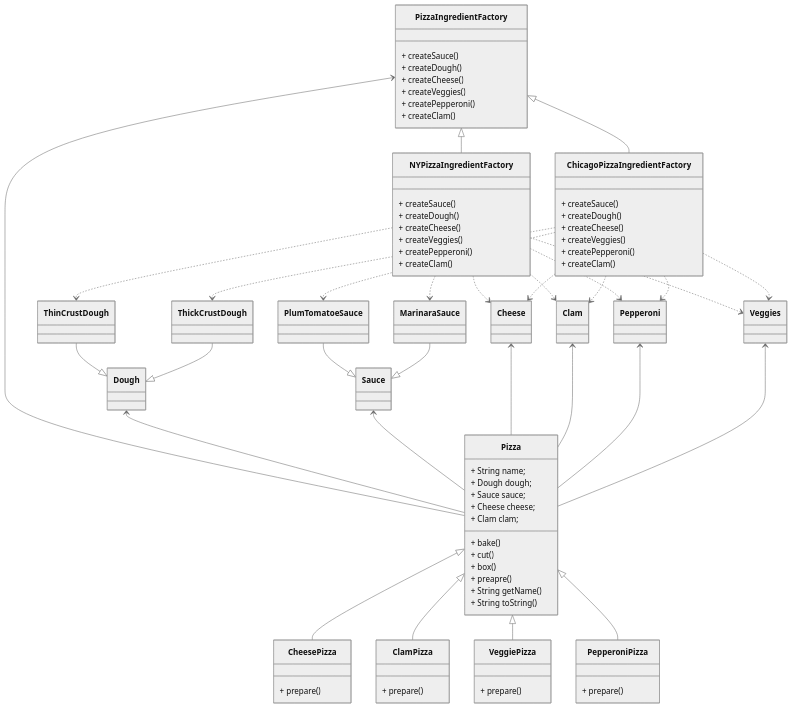
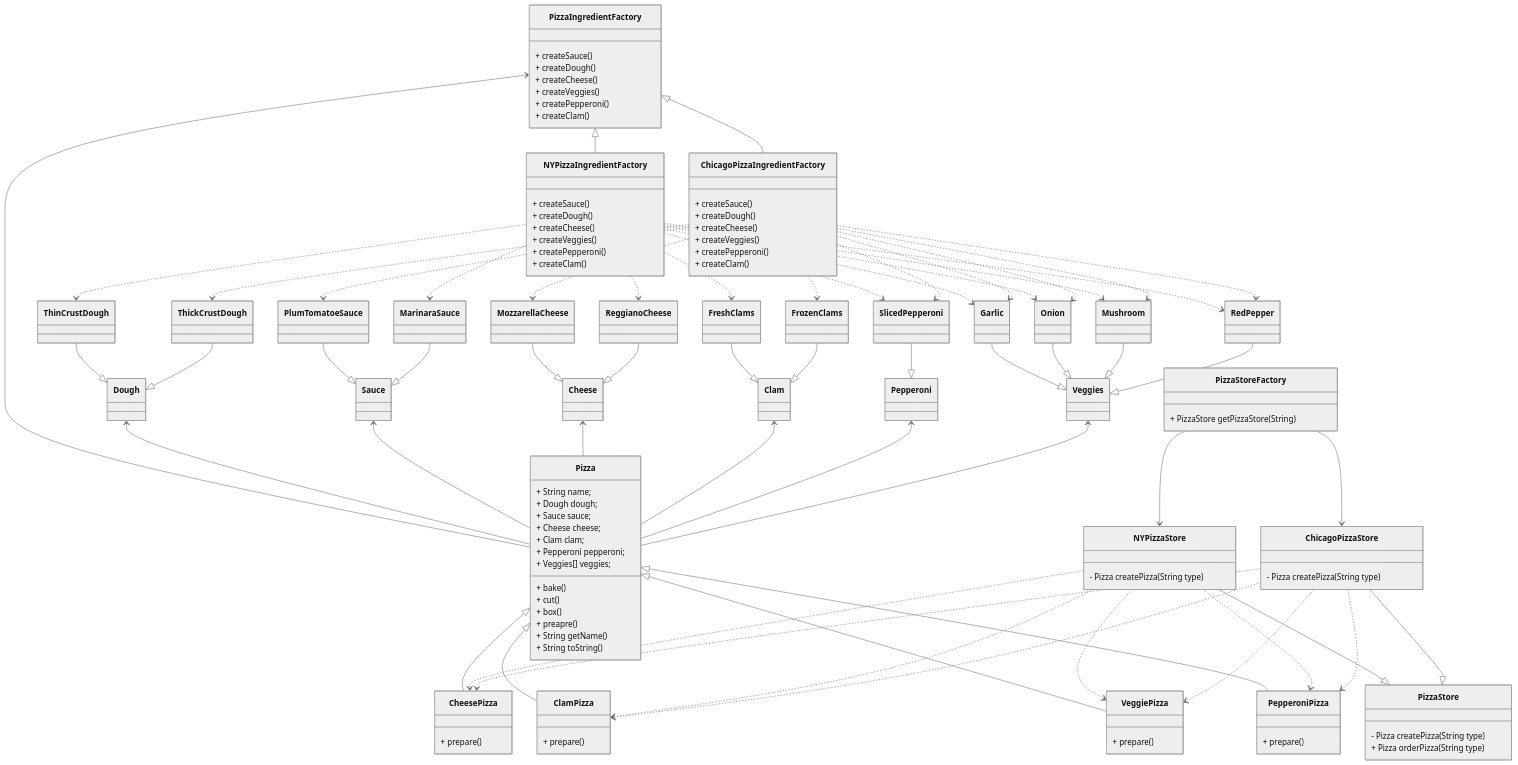
Before and after one commit to dyc3/ssw345-group-assignments: the diagram in Figures/abstractFactory/figures-source.md, drawn with Mermaid (neutral theme). The commit also changed 2 other files, not shown here.

Commit message:
update diagram

````diff
--- a/Figures/abstractFactory/figures-source.md
+++ b/Figures/abstractFactory/figures-source.md
@@ -33,6 +33,8 @@
 	    + Sauce sauce;
 	    + Cheese cheese;
 	    + Clam clam;
+        + Pepperoni pepperoni;
+        + Veggies[] veggies;
         + bake()
         + cut()
         + box()
@@ -55,13 +57,23 @@
     }
 
     PizzaIngredientFactory <|-- NYPizzaIngredientFactory
+    PizzaIngredientFactory <|-- ChicagoPizzaIngredientFactory
     PizzaIngredientFactory <-- Pizza
-    PizzaIngredientFactory <|-- ChicagoPizzaIngredientFactory
 
     ThinCrustDough --|> Dough
     ThickCrustDough --|> Dough
     PlumTomatoeSauce --|> Sauce
     MarinaraSauce --|> Sauce
+    FreshClams --|> Clam
+    FrozenClams --|> Clam
+    Garlic --|> Veggies
+    Onion --|> Veggies
+    Mushroom --|> Veggies
+    RedPepper --|> Veggies
+    MozzarellaCheese --|> Cheese
+    ReggianoCheese --|> Cheese
+    SlicedPepperoni --|> Pepperoni
+
     Dough <-- Pizza
     Sauce <-- Pizza
     Cheese <-- Pizza
@@ -70,21 +82,60 @@
     Veggies <-- Pizza
 
 
-    NYPizzaIngredientFactory ..> Cheese
-    ChicagoPizzaIngredientFactory ..> Cheese
-    NYPizzaIngredientFactory ..> Clam
-    ChicagoPizzaIngredientFactory ..> Clam
+    NYPizzaIngredientFactory ..> ReggianoCheese
+    ChicagoPizzaIngredientFactory ..> MozzarellaCheese
+    NYPizzaIngredientFactory ..> FreshClams
+    ChicagoPizzaIngredientFactory ..> FrozenClams
     NYPizzaIngredientFactory ..> ThinCrustDough
     ChicagoPizzaIngredientFactory ..> ThickCrustDough
-    NYPizzaIngredientFactory ..> Pepperoni
-    ChicagoPizzaIngredientFactory ..> Pepperoni
+    NYPizzaIngredientFactory ..> SlicedPepperoni
+    ChicagoPizzaIngredientFactory ..> SlicedPepperoni
     NYPizzaIngredientFactory ..> MarinaraSauce
     ChicagoPizzaIngredientFactory ..> PlumTomatoeSauce
-    NYPizzaIngredientFactory ..> Veggies
-    ChicagoPizzaIngredientFactory ..> Veggies
+    NYPizzaIngredientFactory ..> Garlic
+    ChicagoPizzaIngredientFactory ..> Garlic
+    NYPizzaIngredientFactory ..> Onion
+    ChicagoPizzaIngredientFactory ..> Onion
+    NYPizzaIngredientFactory ..> Mushroom
+    ChicagoPizzaIngredientFactory ..> Mushroom
+    NYPizzaIngredientFactory ..> RedPepper
+    ChicagoPizzaIngredientFactory ..> RedPepper
+
     Pizza <|-- CheesePizza
     Pizza <|-- ClamPizza
     Pizza <|-- VeggiePizza
     Pizza <|-- PepperoniPizza
 
+    class PizzaStore {
+        - Pizza createPizza(String type)
+        + Pizza orderPizza(String type)
+    }
+
+    class NYPizzaStore {
+        - Pizza createPizza(String type)
+    }
+
+    class ChicagoPizzaStore {
+        - Pizza createPizza(String type)
+    }
+
+    class PizzaStoreFactory {
+        + PizzaStore getPizzaStore(String)
+    }
+
+    NYPizzaStore --|> PizzaStore
+    ChicagoPizzaStore --|> PizzaStore
+
+    NYPizzaStore ..> CheesePizza
+    ChicagoPizzaStore ..> CheesePizza
+    NYPizzaStore ..> ClamPizza
+    ChicagoPizzaStore ..> ClamPizza
+    NYPizzaStore ..> PepperoniPizza
+    ChicagoPizzaStore ..> PepperoniPizza
+    NYPizzaStore ..> VeggiePizza
+    ChicagoPizzaStore ..> VeggiePizza
+
+    PizzaStoreFactory --> NYPizzaStore
+    PizzaStoreFactory --> ChicagoPizzaStore
+
 ```
````
